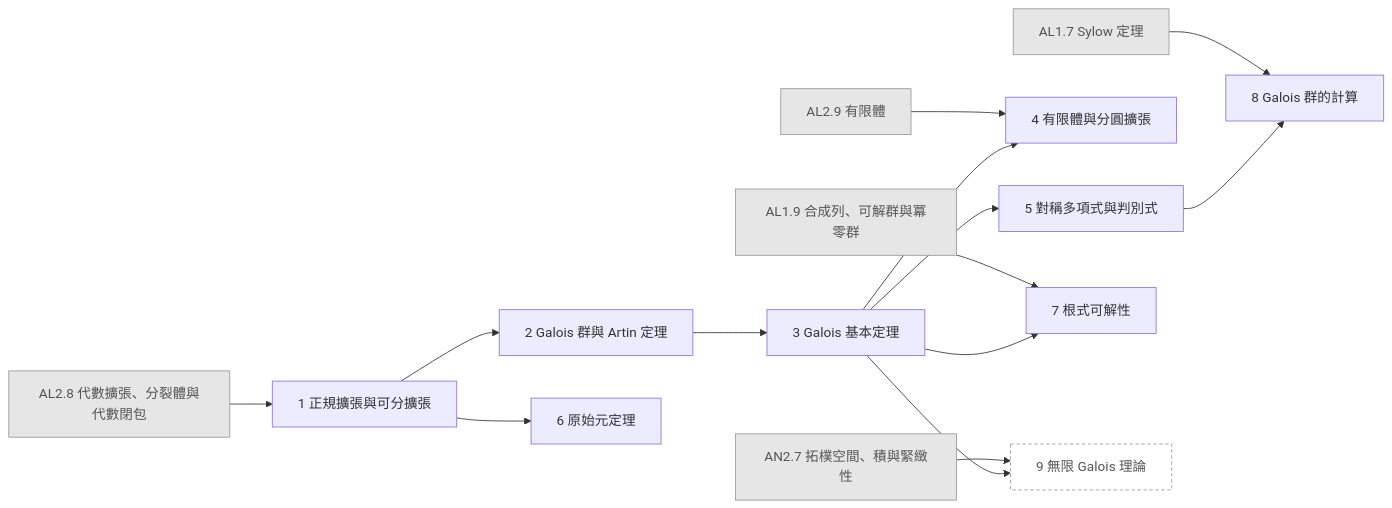
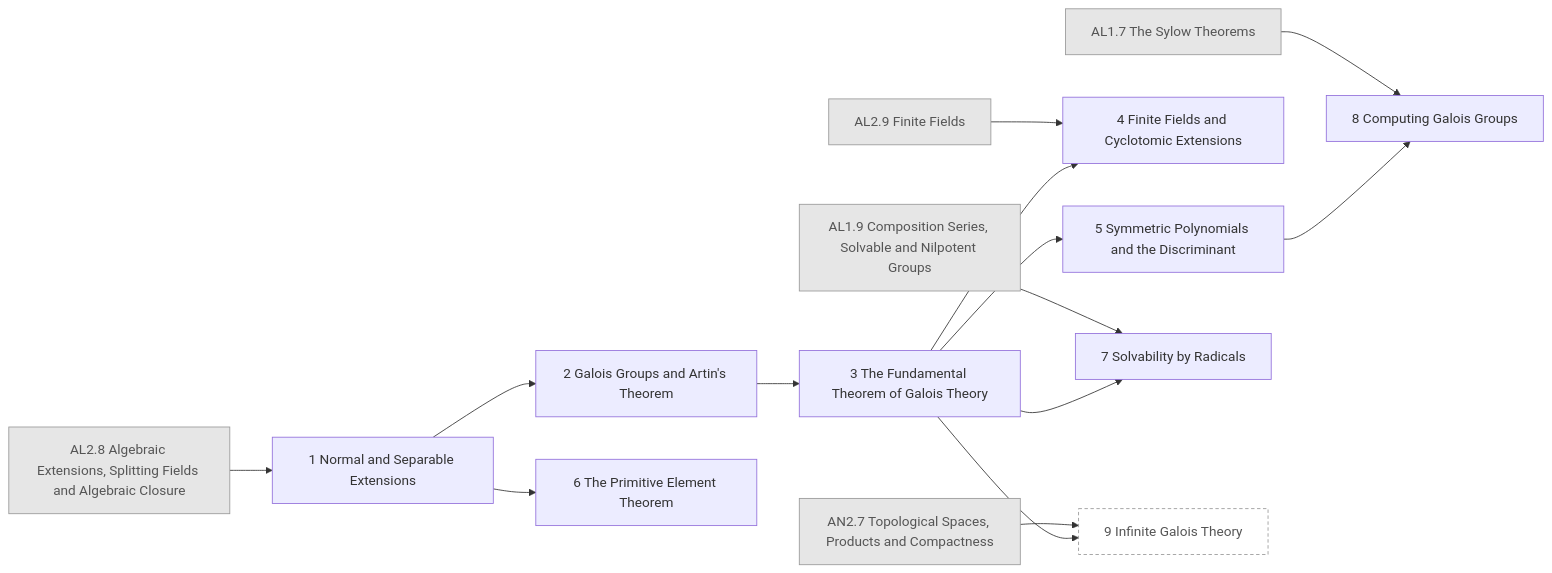
Before and after one commit to AkizumiFox/math-atlas: diagram 14 of 26 in generated/README.md, drawn with Mermaid. The commit also changed other lines of this file and 36 other files, not shown here.

````diff
--- a/generated/README.md
+++ b/generated/README.md
@@ -399,33 +398,33 @@
 ```mermaid
 flowchart LR
-  AN2_7["AN2.7 拓樸空間、積與緊緻性"]:::ext
-  AL1_7["AL1.7 Sylow 定理"]:::ext
-  AL1_9["AL1.9 合成列、可解群與冪零群"]:::ext
-  AL2_8["AL2.8 代數擴張、分裂體與代數閉包"]:::ext
-  AL2_9["AL2.9 有限體"]:::ext
-  AL3_1["1 正規擴張與可分擴張"]
-  AL3_2["2 Galois 群與 Artin 定理"]
-  AL3_3["3 Galois 基本定理"]
-  AL3_4["4 有限體與分圓擴張"]
-  AL3_5["5 對稱多項式與判別式"]
-  AL3_6["6 原始元定理"]
-  AL3_7["7 根式可解性"]
-  AL3_8["8 Galois 群的計算"]
-  AL3_9["9 無限 Galois 理論"]:::opt
+  AN2_7["AN2.7 Topological Spaces, Products and Compactness"]:::ext
+  AL1_7["AL1.7 The Sylow Theorems"]:::ext
+  AL1_9["AL1.9 Composition Series, Solvable and Nilpotent Groups"]:::ext
+  AL2_8["AL2.8 Algebraic Extensions, Splitting Fields and Algebraic Closure"]:::ext
+  AL2_9["AL2.9 Finite Fields"]:::ext
+  AL3_1["1 Normal and Separable Extensions"]
+  AL3_2["2 Galois Groups and Artin's Theorem"]
+  AL3_3["3 The Fundamental Theorem of Galois Theory"]
+  AL3_4["4 Finite Fields and Cyclotomic Extensions"]
+  AL3_5["5 Symmetric Polynomials and the Discriminant"]
+  AL3_6["6 The Primitive Element Theorem"]
+  AL3_7["7 Solvability by Radicals"]
+  AL3_8["8 Computing Galois Groups"]
+  AL3_9["9 Infinite Galois Theory"]:::opt
   AL2_8 --> AL3_1
   AL3_1 --> AL3_2
   AL3_2 --> AL3_3
   AL2_9 --> AL3_4
   AL3_3 --> AL3_4
   AL3_3 --> AL3_5
   AL3_1 --> AL3_6
   AL1_9 --> AL3_7
   AL3_3 --> AL3_7
   AL1_7 --> AL3_8
   AL3_5 --> AL3_8
   AN2_7 --> AL3_9
   AL3_3 --> AL3_9
   classDef ext fill:#e6e6e6,stroke:#999,color:#555
   classDef opt fill:#fff,stroke:#999,stroke-dasharray:4 3,color:#555
   classDef segb fill:#f6f6fb,stroke:#99a,color:#333
 ```
````
